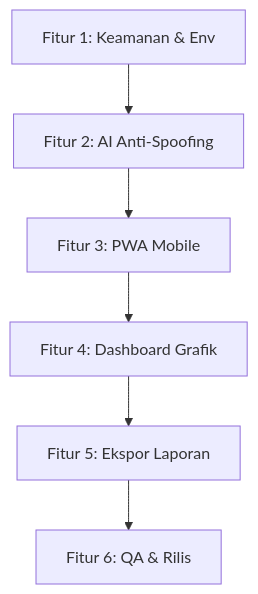
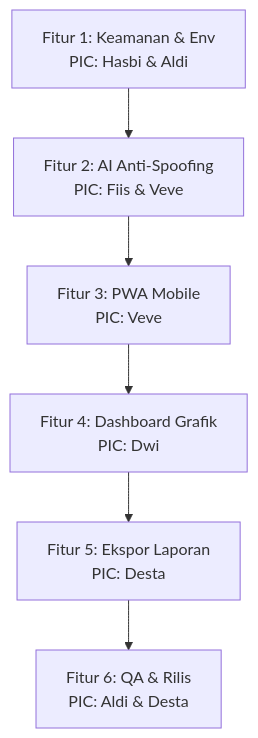
One commit to AldiJanuarSaputra/FACE_ABSENSII changed the diagram in docs/rencanapengembangan.md. Above: the diagram before and after it, drawn with Mermaid. The commit also changed other lines of this file, not shown here.

Commit message:
Update development roadmap with exact team names, branches, and features

````diff
--- a/docs/rencanapengembangan.md
+++ b/docs/rencanapengembangan.md
@@ -10,8 +23,8 @@
 ```mermaid
 graph TD
-    F1[Fitur 1: Keamanan & Env] --> F2[Fitur 2: AI Anti-Spoofing]
-    F2 --> F3[Fitur 3: PWA Mobile]
-    F3 --> F4[Fitur 4: Dashboard Grafik]
-    F4 --> F5[Fitur 5: Ekspor Laporan]
-    F5 --> F6[Fitur 6: QA & Rilis]
+    F1[Fitur 1: Keamanan & Env <br> PIC: Hasbi & Aldi] --> F2[Fitur 2: AI Anti-Spoofing <br> PIC: Fiis & Veve]
+    F2 --> F3[Fitur 3: PWA Mobile <br> PIC: Veve]
+    F3 --> F4[Fitur 4: Dashboard Grafik <br> PIC: Dwi]
+    F4 --> F5[Fitur 5: Ekspor Laporan <br> PIC: Desta]
+    F5 --> F6[Fitur 6: QA & Rilis <br> PIC: Aldi & Desta]
 ```
````
